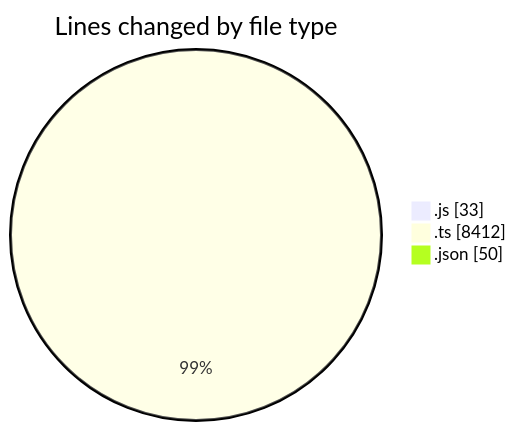
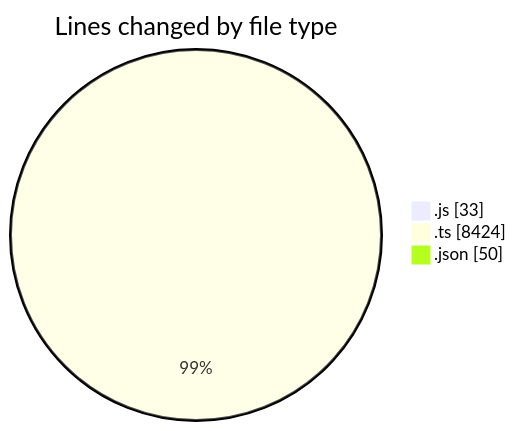
Before and after one commit to momahboobian/code-tracking: the first of 2 diagrams in 2025-09-08/cda/README.md, drawn with Mermaid. The commit also changed other lines of this file and 1 other file, not shown here.

````diff
--- a/2025-09-08/cda/README.md
+++ b/2025-09-08/cda/README.md
@@ -25,7 +25,7 @@
 ```mermaid
 pie showData
 title Lines changed by file type
 ".js" : 33
-".ts" : 8412
+".ts" : 8424
 ".json" : 50
 ```
````
